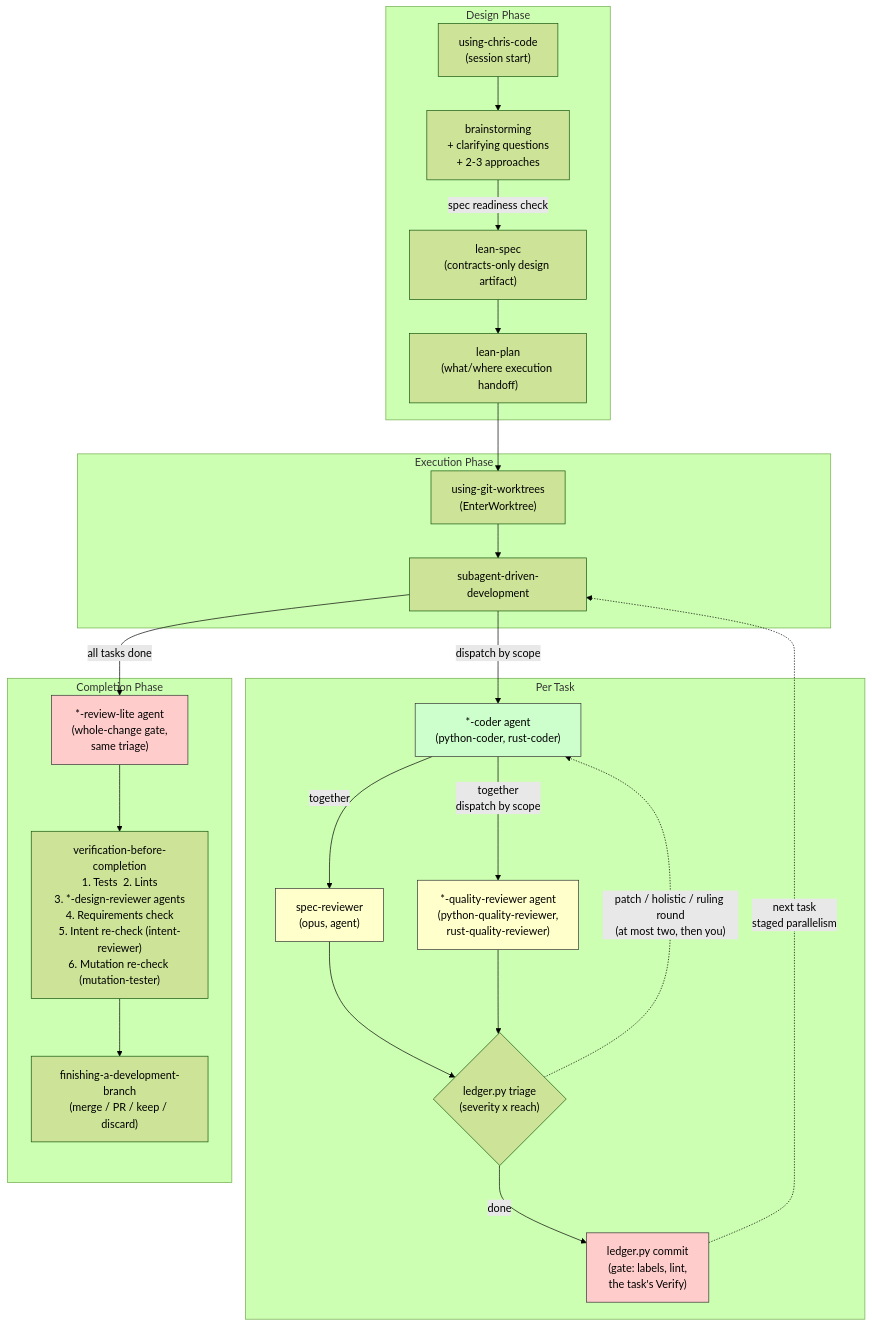
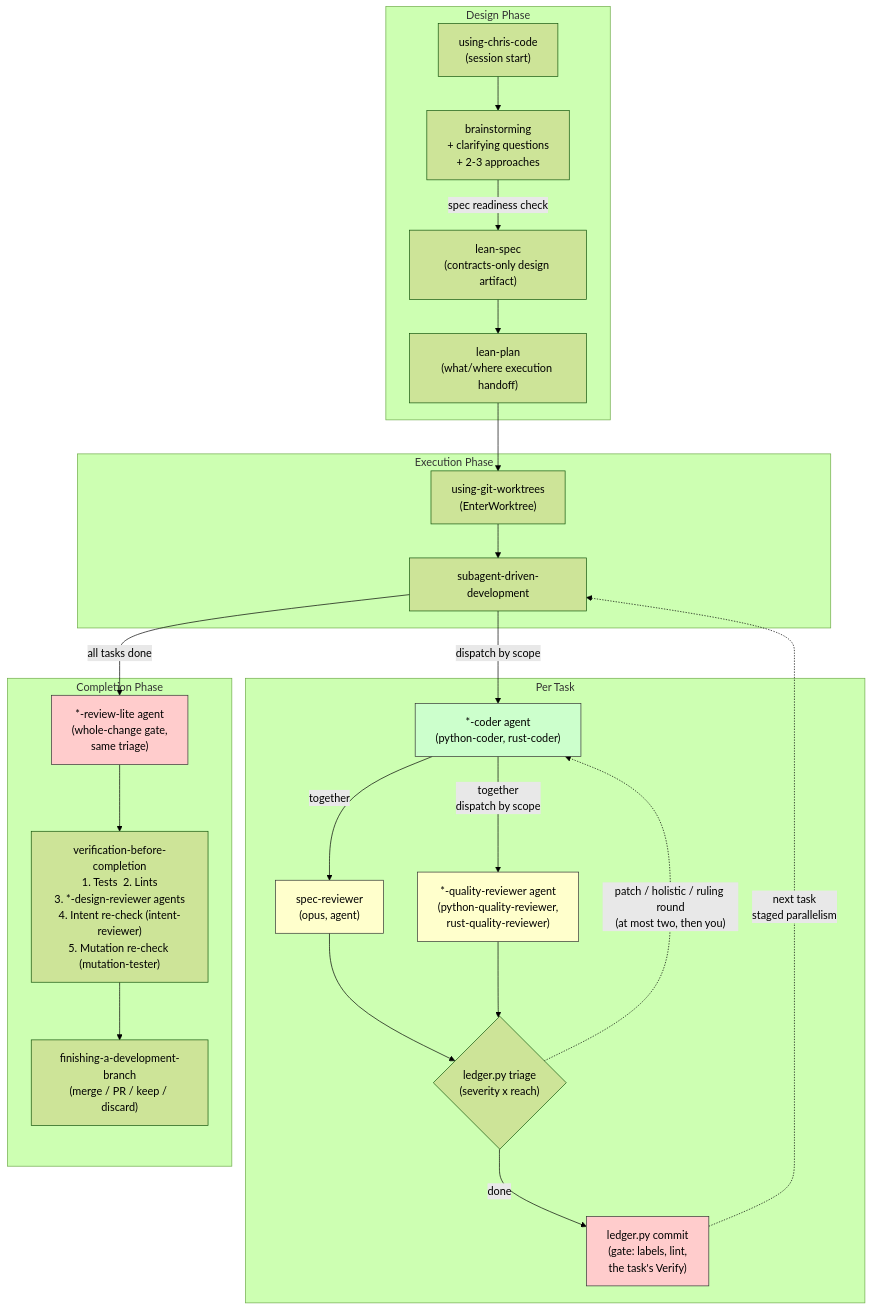
One commit to chris-santiago/claude-plugins changed the first of 2 diagrams in chris-code/README.md. Above: the diagram before and after it, drawn with Mermaid (forest theme). The commit also changed other lines of this file and 28 other files, not shown here.

````diff
--- a/chris-code/README.md
+++ b/chris-code/README.md
@@ -152,49 +152,49 @@
 ```mermaid
 flowchart TB
     subgraph Design Phase
         using["using-chris-code<br/>(session start)"]
         brainstorm["brainstorming<br/>+ clarifying questions<br/>+ 2-3 approaches"]
         spec["lean-spec<br/>(contracts-only design artifact)"]
         plan["lean-plan<br/>(what/where execution handoff)"]
     end
 
     subgraph Execution Phase
         worktree["using-git-worktrees<br/>(EnterWorktree)"]
         execute["subagent-driven-development"]
     end
 
     subgraph Per Task
         coder["*-coder agent<br/>(python-coder, rust-coder)"]:::agent
         spec_review["spec-reviewer<br/>(opus, agent)"]:::reviewer
         quality["*-quality-reviewer agent<br/>(python-quality-reviewer,<br/>rust-quality-reviewer)"]:::reviewer
         triage{"ledger.py triage<br/>(severity x reach)"}
         commit_gate["ledger.py commit<br/>(gate: labels, lint,<br/>the task's Verify)"]:::gate
     end
 
     subgraph Completion Phase
         whole["*-review-lite agent<br/>(whole-change gate,<br/>same triage)"]:::gate
-        verify["verification-before-completion<br/>1. Tests  2. Lints<br/>3. *-design-reviewer agents<br/>4. Requirements check<br/>5. Intent re-check (intent-reviewer)<br/>6. Mutation re-check (mutation-tester)"]
+        verify["verification-before-completion<br/>1. Tests  2. Lints<br/>3. *-design-reviewer agents<br/>4. Intent re-check (intent-reviewer)<br/>5. Mutation re-check (mutation-tester)"]
         finish["finishing-a-development-branch<br/>(merge / PR / keep / discard)"]
     end
 
     using --> brainstorm
     brainstorm -->|spec readiness check| spec
     spec --> plan
     plan --> worktree
     worktree --> execute
     execute -->|dispatch by scope| coder
     coder -->|together| spec_review
     coder -->|together<br/>dispatch by scope| quality
     spec_review --> triage
     quality --> triage
     triage -.->|"patch / holistic / ruling round<br/>(at most two, then you)"| coder
     triage -->|done| commit_gate
     commit_gate -.->|next task<br/>staged parallelism| execute
     execute -->|all tasks done| whole
     whole --> verify
     verify --> finish
 
     classDef agent fill:#ccffcc,stroke:#333
     classDef reviewer fill:#ffffcc,stroke:#333
     classDef gate fill:#ffcccc,stroke:#333
 ```
````
